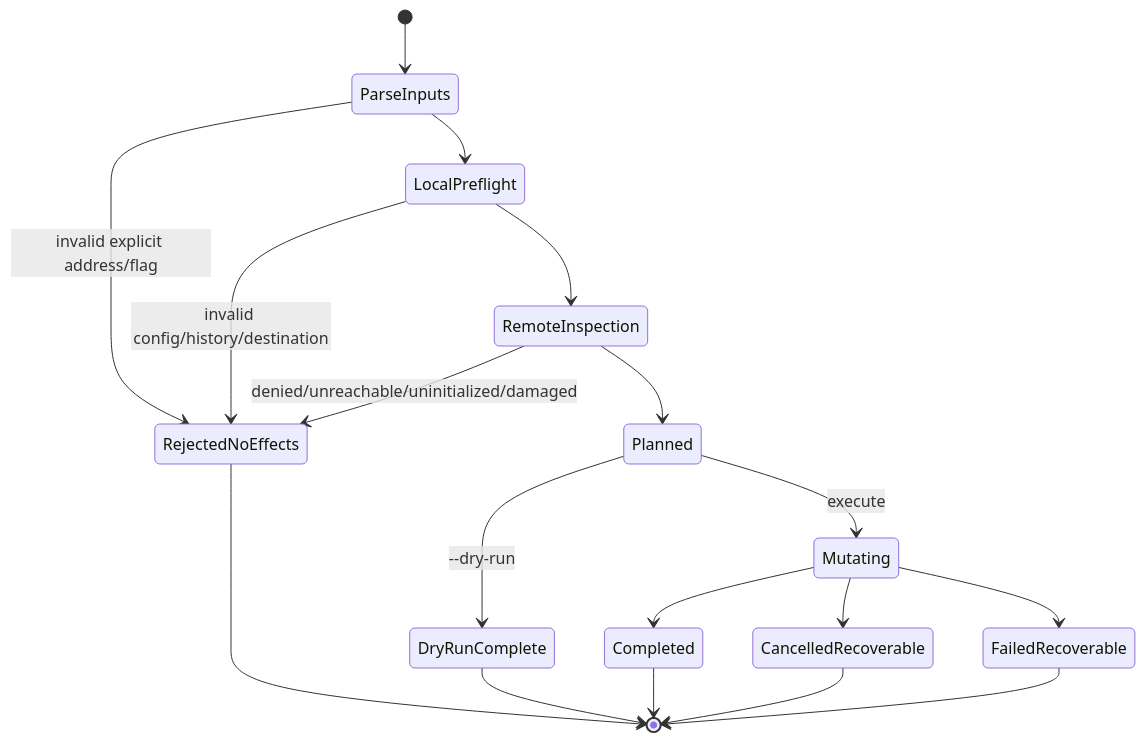
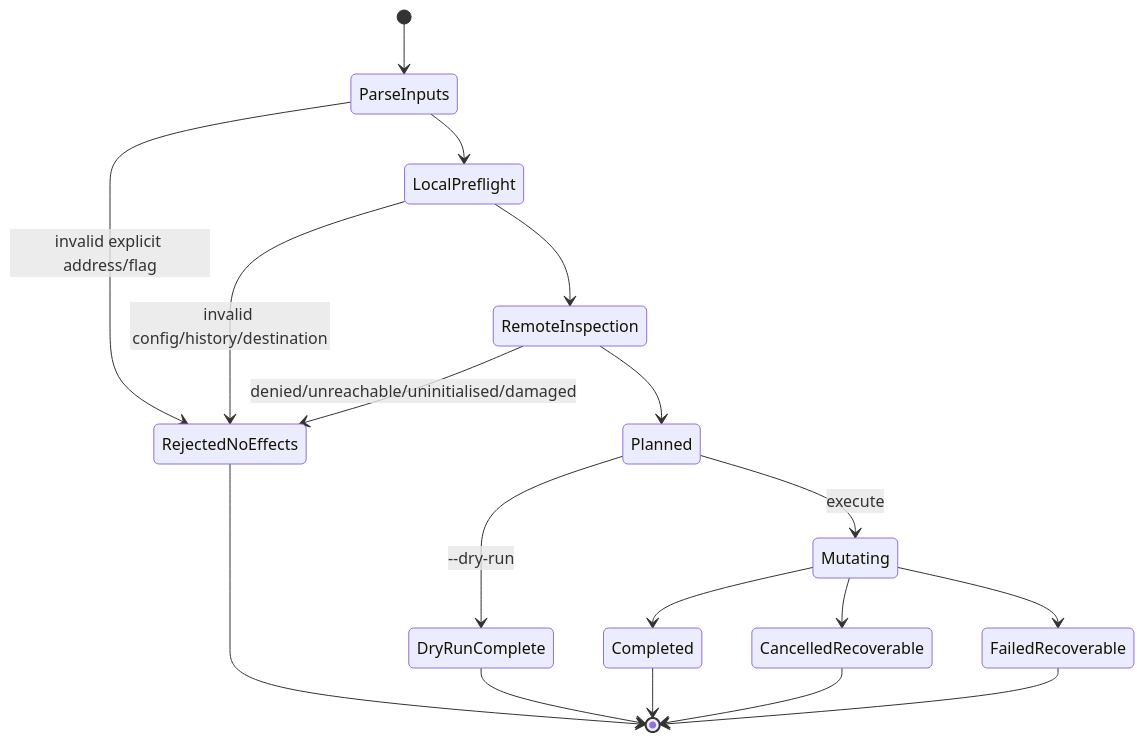
One commit to adewale/aha changed the fifth of 5 diagrams in docs/command-state-machine-v0.2-plan.md. Above: the diagram before and after it, drawn with Mermaid. The commit also changed other lines of this file and 59 other files, not shown here.

````diff
--- a/docs/command-state-machine-v0.2-plan.md
+++ b/docs/command-state-machine-v0.2-plan.md
@@ -463,21 +455,21 @@
 ```mermaid
 stateDiagram-v2
     [*] --> ParseInputs
     ParseInputs --> RejectedNoEffects: invalid explicit address/flag
     ParseInputs --> LocalPreflight
     LocalPreflight --> RejectedNoEffects: invalid config/history/destination
     LocalPreflight --> RemoteInspection
-    RemoteInspection --> RejectedNoEffects: denied/unreachable/uninitialized/damaged
+    RemoteInspection --> RejectedNoEffects: denied/unreachable/uninitialised/damaged
     RemoteInspection --> Planned
     Planned --> DryRunComplete: --dry-run
     Planned --> Mutating: execute
     Mutating --> Completed
     Mutating --> CancelledRecoverable
     Mutating --> FailedRecoverable
 
     RejectedNoEffects --> [*]
     DryRunComplete --> [*]
     Completed --> [*]
     CancelledRecoverable --> [*]
     FailedRecoverable --> [*]
 ```
````
